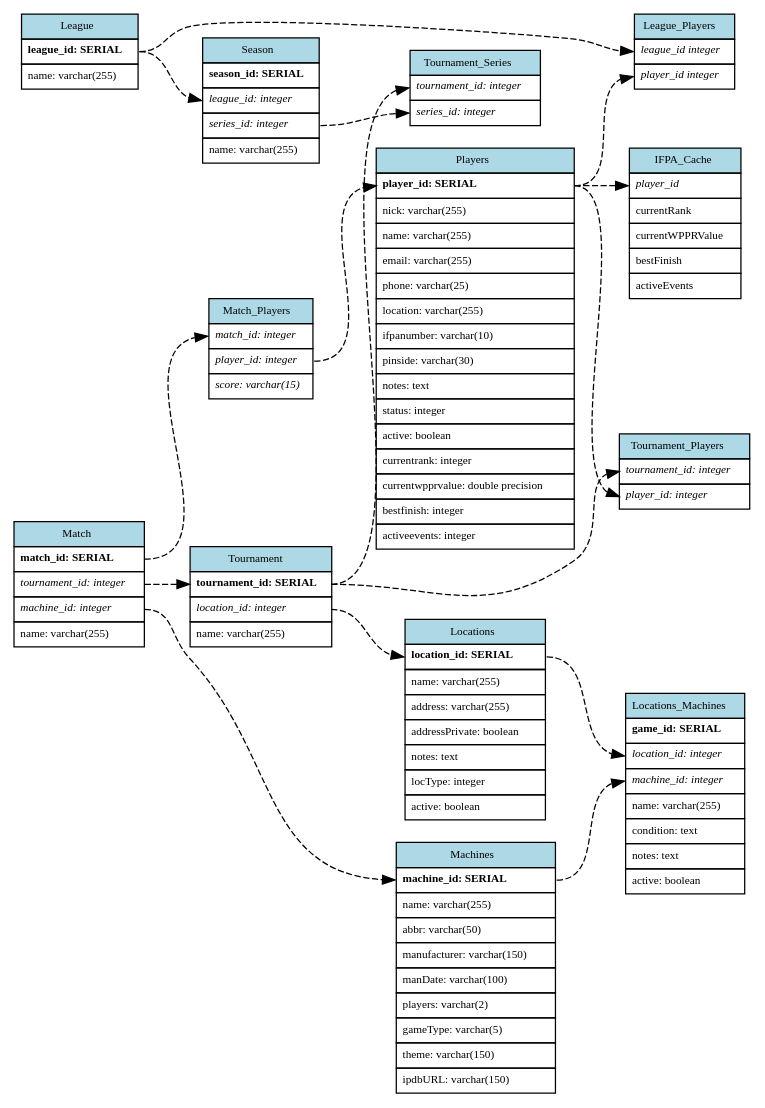
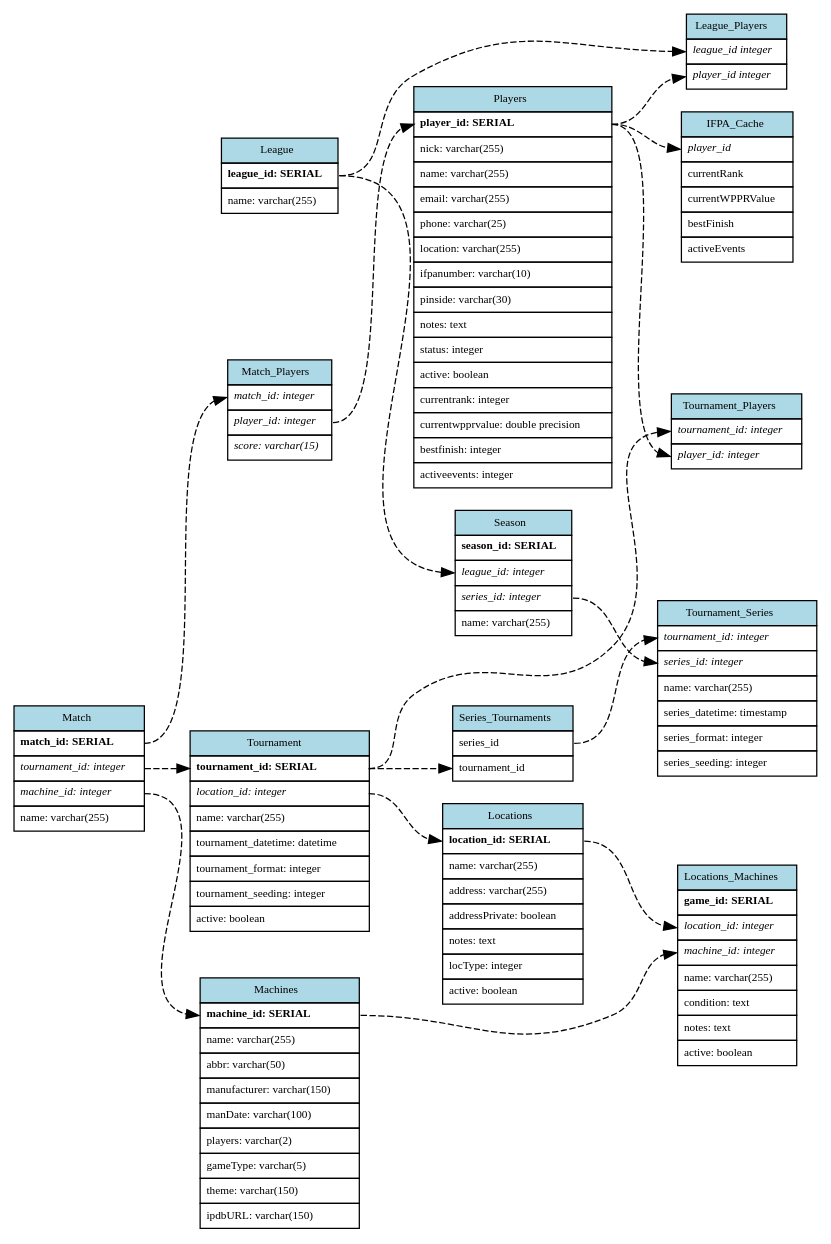
The diagram in diagrams/ER-Diagram.gv (Bischt/playfield), drawn with Graphviz before and after one commit. The commit also changed 5 other files, not shown here.

```diff
--- a/diagrams/ER-Diagram.gv
+++ b/diagrams/ER-Diagram.gv
@@ -1,141 +1,156 @@
 digraph models_diagram{
     graph[rankdir=LR, overlap=false, splines=true];
     node [shape=record, fontsize=9, fontname="Verdana"];
     edge [style=dashed];
   machines [shape=none, margin=0, label=<
     <table border="0" cellborder="1" cellspacing="0" cellpadding="4">
         <tr><td bgcolor="lightblue">Machines</td></tr>
         <tr><td port="0" align="left"><b>machine_id: SERIAL</b></td></tr>
         <tr><td port="2" align="left">name: varchar(255)</td></tr>
         <tr><td port="3" align="left">abbr: varchar(50)</td></tr>
         <tr><td port="4" align="left">manufacturer: varchar(150)</td></tr>
         <tr><td port="5" align="left">manDate: varchar(100)</td></tr>
         <tr><td port="6" align="left">players: varchar(2)</td></tr>
         <tr><td port="7" align="left">gameType: varchar(5)</td></tr>
         <tr><td port="8" align="left">theme: varchar(150)</td></tr>
         <tr><td port="9" align="left">ipdbURL: varchar(150)</td></tr>
     </table>>];
   players [shape=none, margin=0, label=<
     <table border="0" cellborder="1" cellspacing="0" cellpadding="4">
         <tr><td bgcolor="lightblue">Players</td></tr>
         <tr><td port="0" align="left"><b>player_id: SERIAL</b></td></tr>
         <tr><td port="1" align="left">nick: varchar(255)</td></tr>
         <tr><td port="2" align="left">name: varchar(255)</td></tr>
         <tr><td port="3" align="left">email: varchar(255)</td></tr>
         <tr><td port="4" align="left">phone: varchar(25)</td></tr>
         <tr><td port="5" align="left">location: varchar(255)</td></tr>
         <tr><td port="6" align="left">ifpanumber: varchar(10)</td></tr>
         <tr><td port="7" align="left">pinside: varchar(30)</td></tr>
         <tr><td port="8" align="left">notes: text</td></tr>
         <tr><td port="9" align="left">status: integer</td></tr>
         <tr><td port="10" align="left">active: boolean</td></tr>
         <tr><td port="11" align="left">currentrank: integer</td></tr>
         <tr><td port="12" align="left">currentwpprvalue: double precision</td></tr>
         <tr><td port="13" align="left">bestfinish: integer</td></tr>
         <tr><td port="14" align="left">activeevents: integer</td></tr>
     </table>>];
   locations [shape=none, margin=0, label=<
     <table border="0" cellborder="1" cellspacing="0" cellpadding="4">
         <tr><td bgcolor="lightblue">Locations</td></tr>
         <tr><td port="0" align="left"><b>location_id: SERIAL</b></td></tr>
         <tr><td port="1" align="left">name: varchar(255)</td></tr>
         <tr><td port="2" align="left">address: varchar(255)</td></tr>
         <tr><td port="3" align="left">addressPrivate: boolean</td></tr>
         <tr><td port="4" align="left">notes: text</td></tr>
         <tr><td port="5" align="left">locType: integer</td></tr>
         <tr><td port="6" align="left">active: boolean</td></tr>
     </table>>];
   locations_machines [shape=none, margin=0, label=<
     <table border="0" cellborder="1" cellspacing="0" cellpadding="4">
         <tr><td bgcolor="lightblue">Locations_Machines</td></tr>
         <tr><td port="0" align="left"><b>game_id: SERIAL</b></td></tr>
         <tr><td port="1" align="left"><i>location_id: integer</i></td></tr>
         <tr><td port="2" align="left"><i>machine_id: integer</i></td></tr>
         <tr><td port="3" align="left">name: varchar(255)</td></tr>
         <tr><td port="4" align="left">condition: text</td></tr>
         <tr><td port="5" align="left">notes: text</td></tr>
         <tr><td port="6" align="left">active: boolean</td></tr>
     </table>>];
   ifpa_cache [shape=none, margin=0, label=<
     <table border="0" cellborder="1" cellspacing="0" cellpadding="4">
         <tr><td bgcolor="lightblue">IFPA_Cache</td></tr>
         <tr><td port="0" align="left"><i>player_id</i></td></tr>
         <tr><td port="1" align="left">currentRank</td></tr>
         <tr><td port="2" align="left">currentWPPRValue</td></tr>
         <tr><td port="3" align="left">bestFinish</td></tr>
         <tr><td port="4" align="left">activeEvents</td></tr>
     </table>>];
   league [shape=none, margin=0, label=<
     <table border="0" cellborder="1" cellspacing="0" cellpadding="4">
         <tr><td bgcolor="lightblue">League</td></tr>
         <tr><td port="0" align="left"><b>league_id: SERIAL</b></td></tr>
         <tr><td port="1" align="left">name: varchar(255)</td></tr>
     </table>>];
   league_players [shape=none, margin=0, label=<
     <table border="0" cellborder="1" cellspacing="0" cellpadding="4">
         <tr><td bgcolor="lightblue">League_Players</td></tr>
         <tr><td port="0" align="left"><i>league_id integer</i></td></tr>
         <tr><td port="1" align="left"><i>player_id integer</i></td></tr>
     </table>>];
   tournament [shape=none, margin=0, label=<
     <table border="0" cellborder="1" cellspacing="0" cellpadding="4">
         <tr><td bgcolor="lightblue">Tournament</td></tr>
         <tr><td port="0" align="left"><b>tournament_id: SERIAL</b></td></tr>
         <tr><td port="1" align="left"><i>location_id: integer</i></td></tr>
         <tr><td port="2" align="left">name: varchar(255)</td></tr>
+        <tr><td port="3" align="left">tournament_datetime: datetime</td></tr>
+        <tr><td port="4" align="left">tournament_format: integer</td></tr>
+        <tr><td port="5" align="left">tournament_seeding: integer</td></tr>
+        <tr><td port="6" align="left">active: boolean</td></tr>
     </table>>];
   tournament_series [shape=none, margin=0, label=<
     <table border="0" cellborder="1" cellspacing="0" cellpadding="4">
         <tr><td bgcolor="lightblue">Tournament_Series</td></tr>
         <tr><td port="0" align="left"><i>tournament_id: integer</i></td></tr>
         <tr><td port="1" align="left"><i>series_id: integer</i></td></tr>
+        <tr><td port="2" align="left">name: varchar(255)</td></tr>
+        <tr><td port="3" align="left">series_datetime: timestamp</td></tr>
+        <tr><td port="4" align="left">series_format: integer</td></tr>
+        <tr><td port="5" align="left">series_seeding: integer</td></tr>
     </table>>];
   tournament_players [shape=none, margin=0, label=<
     <table border="0" cellborder="1" cellspacing="0" cellpadding="4">
         <tr><td bgcolor="lightblue">Tournament_Players</td></tr>
         <tr><td port="0" align="left"><i>tournament_id: integer</i></td></tr>
         <tr><td port="1" align="left"><i>player_id: integer</i></td></tr>
+    </table>>];
+  series_tournaments [shape=none, margin=0, label=<
+    <table border="0" cellborder="1" cellspacing="0" cellpadding="4">
+        <tr><td bgcolor="lightblue">Series_Tournaments</td></tr>
+        <tr><td port="0" align="left">series_id</td></tr>
+        <tr><td port="1" align="left">tournament_id</td></tr>
     </table>>];
   season [shape=none, margin=0, label=<
     <table border="0" cellborder="1" cellspacing="0" cellpadding="4">
         <tr><td bgcolor="lightblue">Season</td></tr>
         <tr><td port="0" align="left"><b>season_id: SERIAL</b></td></tr>
         <tr><td port="1" align="left"><i>league_id: integer</i></td></tr>
         <tr><td port="2" align="left"><i>series_id: integer</i></td></tr>
         <tr><td port="3" align="left">name: varchar(255)</td></tr>
     </table>>];
   match [shape=none, margin=0, label=<
     <table border="0" cellborder="1" cellspacing="0" cellpadding="4">
         <tr><td bgcolor="lightblue">Match</td></tr>
         <tr><td port="0" align="left"><b>match_id: SERIAL</b></td></tr>
         <tr><td port="1" align="left"><i>tournament_id: integer</i></td></tr>
         <tr><td port="2" align="left"><i>machine_id: integer</i></td></tr>
         <tr><td port="3" align="left">name: varchar(255)</td></tr>
     </table>>];
   match_players [shape=none, margin=0, label=<
     <table border="0" cellborder="1" cellspacing="0" cellpadding="4">
         <tr><td bgcolor="lightblue">Match_Players</td></tr>
         <tr><td port="0" align="left"><i>match_id: integer</i></td></tr>
         <tr><td port="1" align="left"><i>player_id: integer</i></td></tr>
         <tr><td port="1" align="left"><i>score: varchar(15)</i></td></tr>
     </table>>];
   
   
   
   
   locations:0 -> locations_machines:1;
   machines:0 -> locations_machines:2;
   league:0 -> league_players:0;
   league:0 -> season:1;
   players:0 -> league_players:1;
   tournament:1 -> locations:0;
-  tournament:0 -> tournament_series:0;
+  series_tournaments:0 -> tournament_series:0;
+  tournament:0 -> series_tournaments:1;
   tournament:0 -> tournament_players:0;
   players:0 -> tournament_players:1;
   players:0 -> ifpa_cache:0;
   season:2 -> tournament_series:1;
   match:0 ->match_players:0;
   match:1 -> tournament:0;
   match:2 -> machines:0;
   match_players:1 -> players:0;
 }
```
